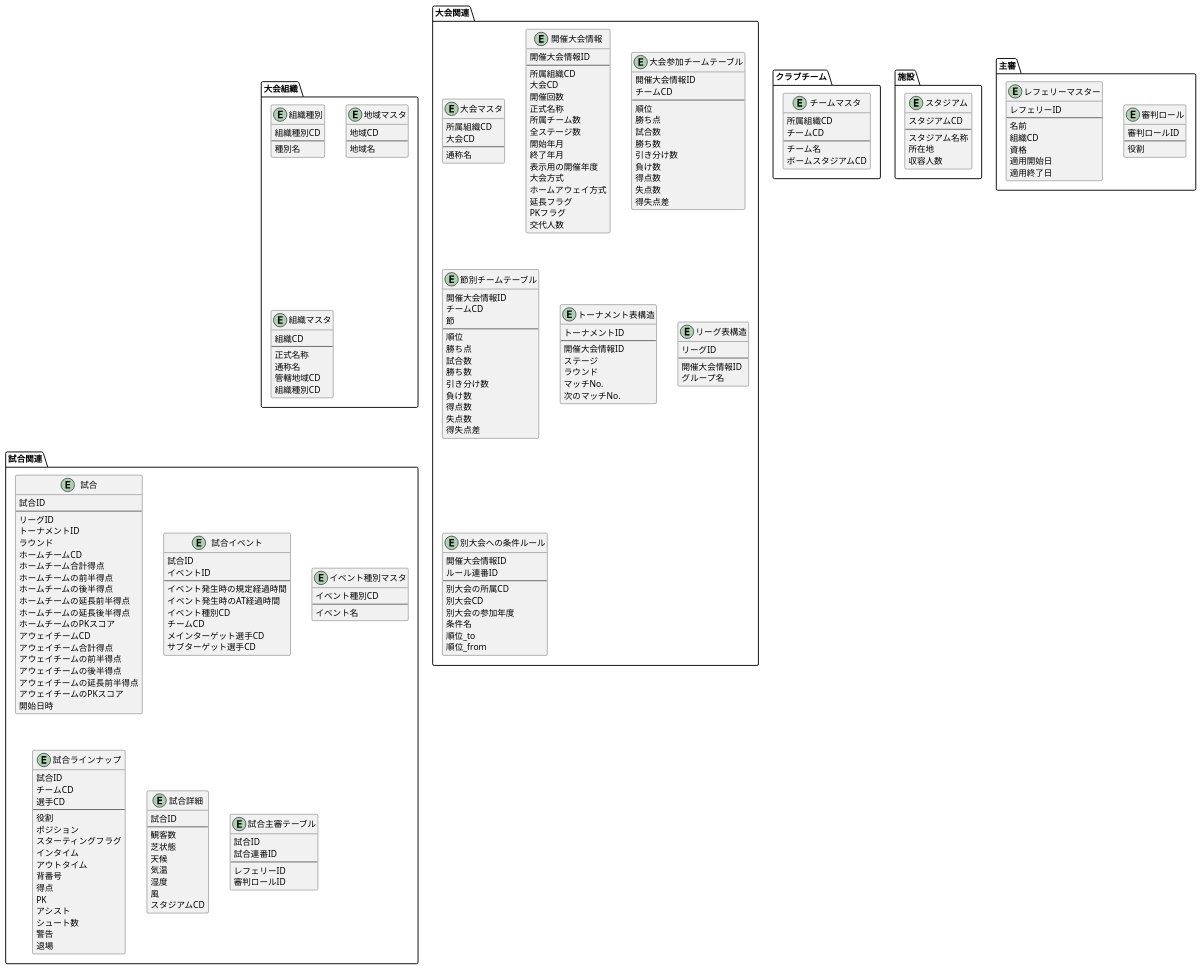
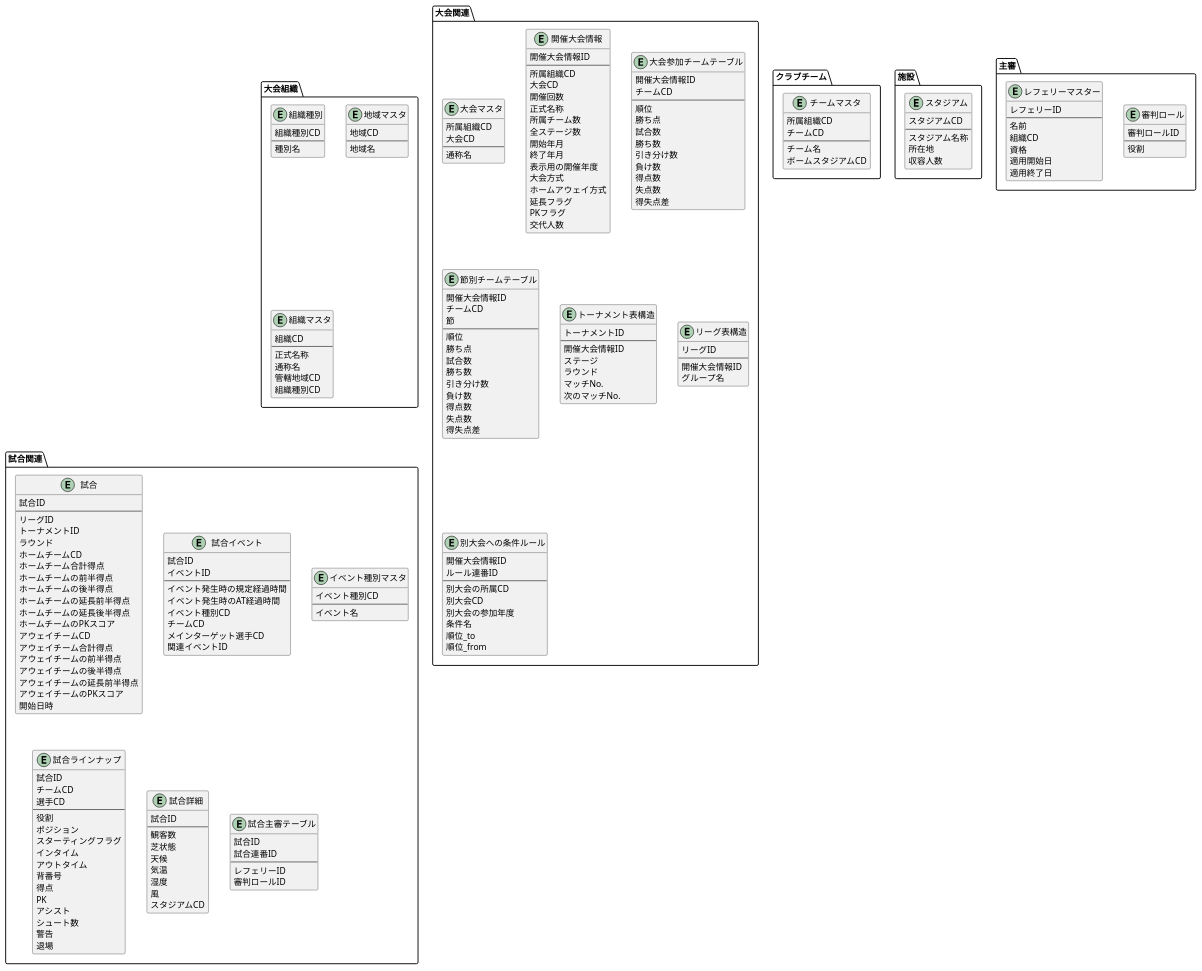
The diagram in soccker_db.puml (LCC-SYamada/SocckerDB_PlantUML), drawn with PlantUML before and after one commit. The commit also changed 1 other file, not shown here.

```diff
--- a/soccker_db.puml
+++ b/soccker_db.puml
@@ -163,7 +163,7 @@
     イベント種別CD
     チームCD
     メインターゲット選手CD
-    サブターゲット選手CD
+    関連イベントID
   }
 
   Entity "イベント種別マスタ" as EventCategory {
```
